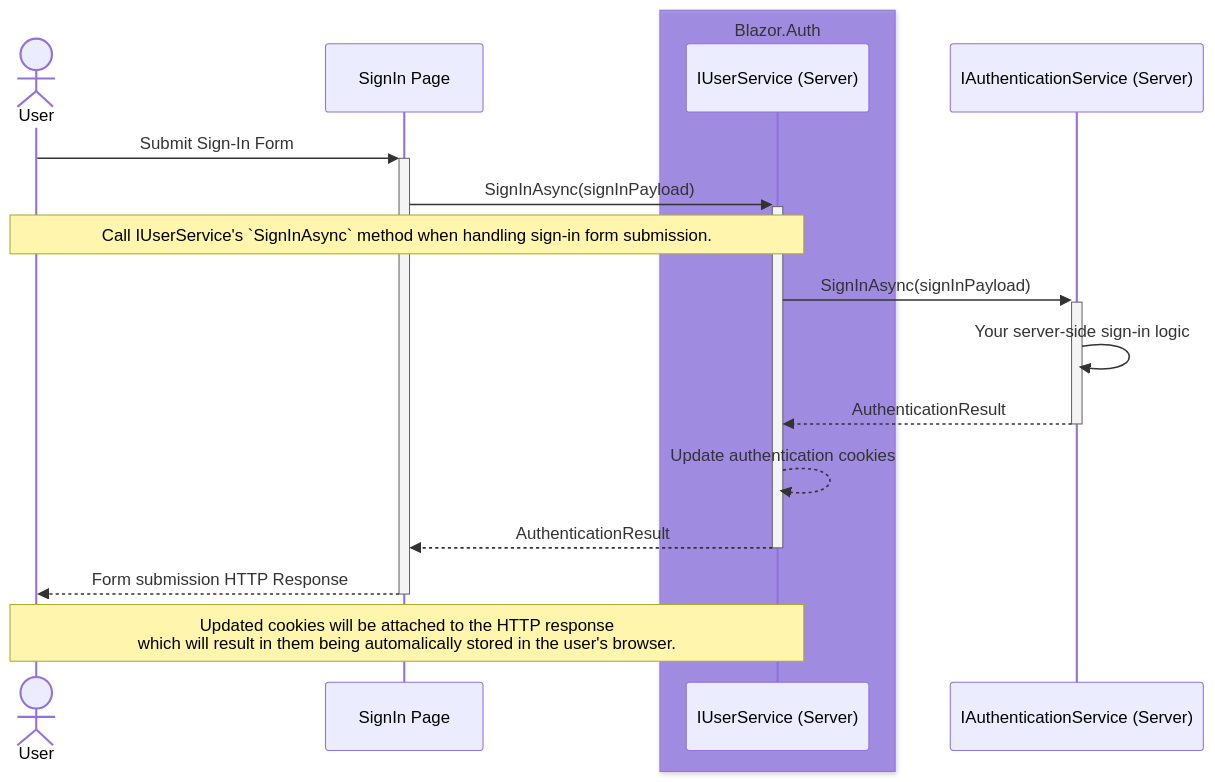
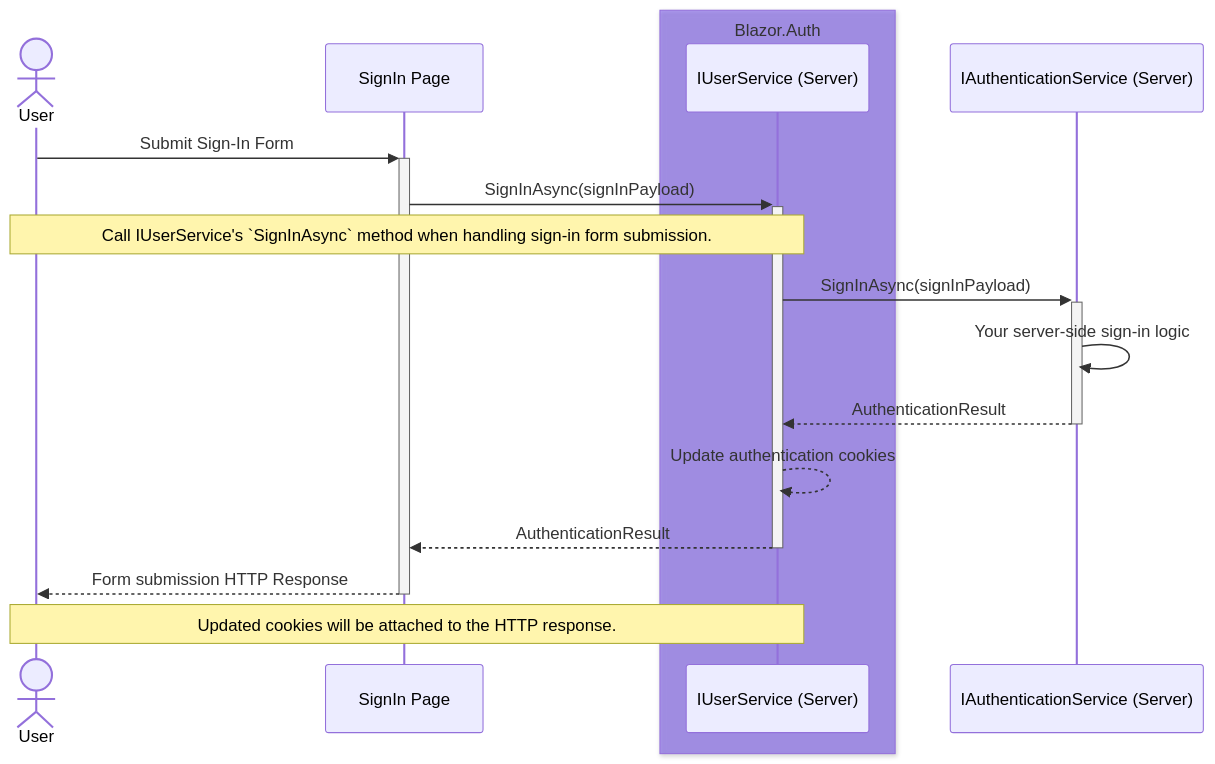
The first of 3 diagrams in docs/src/04.use-cases/01.static-ssr.md (BitzArt/Blazor.Auth), drawn with Mermaid before and after one commit. The commit also changed other lines of this file, not shown here.

Commit message:
Simpler wording

````diff
--- a/docs/src/04.use-cases/01.static-ssr.md
+++ b/docs/src/04.use-cases/01.static-ssr.md
@@ -11,27 +11,27 @@
 ```mermaid
 sequenceDiagram
 
 actor user as User
 participant page as SignIn Page
 
 box rgba(101, 63, 232, 0.5) Blazor.Auth
 participant userService as IUserService (Server)
 end
 participant authService as IAuthenticationService (Server)
 
 user ->>+ page: Submit Sign-In Form
 
 page ->>+ userService: SignInAsync(signInPayload)
 note over user,userService: Call IUserService's `SignInAsync` method when handling sign-in form submission.
 
 userService ->>+ authService: SignInAsync(signInPayload)
 authService ->> authService: Your server-side sign-in logic
 
 authService -->>- userService: AuthenticationResult
 
 userService -->> userService: Update authentication cookies
 userService -->>- page: AuthenticationResult
 
 page -->>- user:  Form submission HTTP Response
-note over user,userService: Updated cookies will be attached to the HTTP response <br/> which will result in them being automalically stored in the user's browser.
+note over user,userService: Updated cookies will be attached to the HTTP response.
 ```
````
